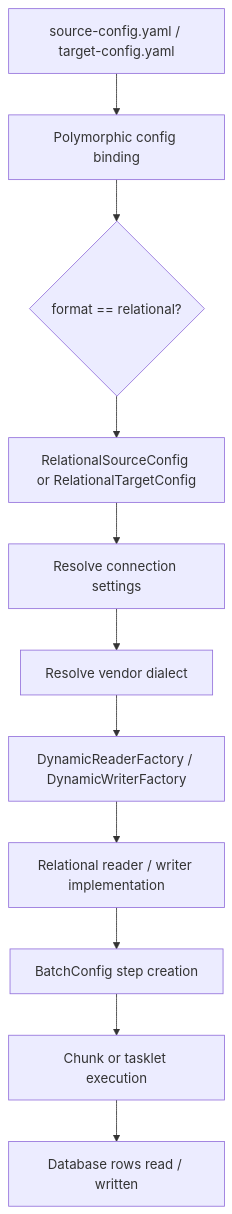
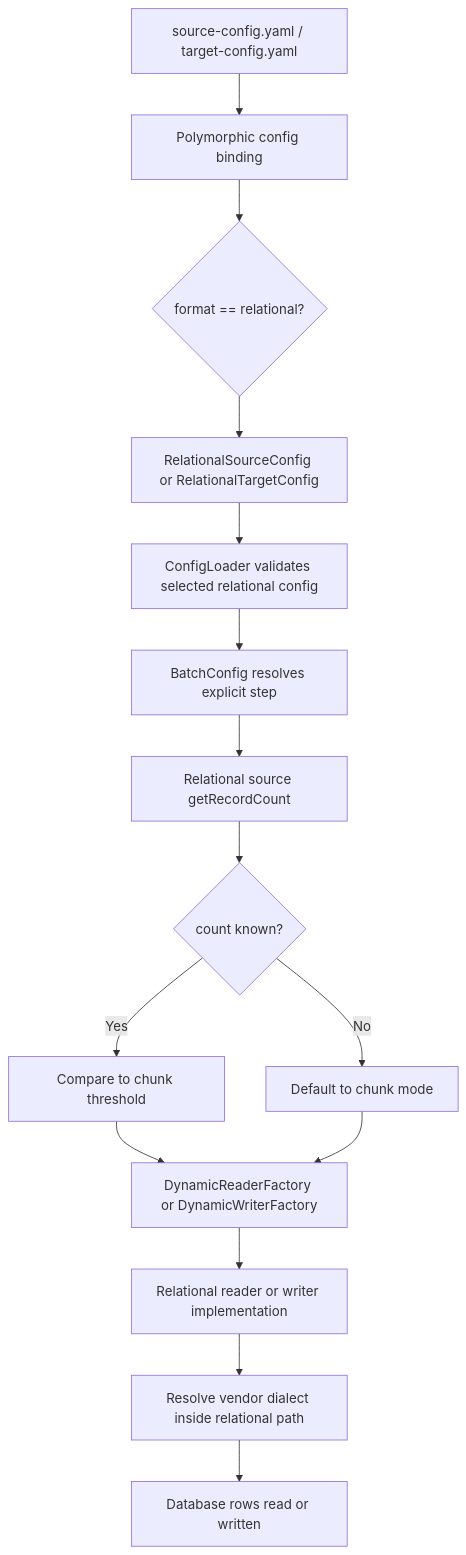
Before and after one commit to kbalanandam/spring-etl-engine: the first of 2 diagrams in docs/architecture/relational-db-support.md, drawn with Mermaid. The commit also changed other lines of this file and 146 other files, not shown here.

````diff
--- a/docs/architecture/relational-db-support.md
+++ b/docs/architecture/relational-db-support.md
@@ -223,13 +237,17 @@
 ```mermaid
 flowchart TD
     A[source-config.yaml / target-config.yaml] --> B[Polymorphic config binding]
     B --> C{format == relational?}
     C --> D[RelationalSourceConfig or RelationalTargetConfig]
-    D --> E[Resolve connection settings]
-    E --> F[Resolve vendor dialect]
-    F --> G[DynamicReaderFactory / DynamicWriterFactory]
-    G --> H[Relational reader / writer implementation]
-    H --> I[BatchConfig step creation]
-    I --> J[Chunk or tasklet execution]
-    J --> K[Database rows read / written]
+    D --> E[ConfigLoader validates selected relational config]
+    E --> F[BatchConfig resolves explicit step]
+    F --> G[Relational source getRecordCount]
+    G --> H{count known?}
+    H -- Yes --> I[Compare to chunk threshold]
+    H -- No --> J[Default to chunk mode]
+    I --> K[DynamicReaderFactory or DynamicWriterFactory]
+    J --> K
+    K --> L[Relational reader or writer implementation]
+    L --> M[Resolve vendor dialect inside relational path]
+    M --> N[Database rows read or written]
 ```
````
